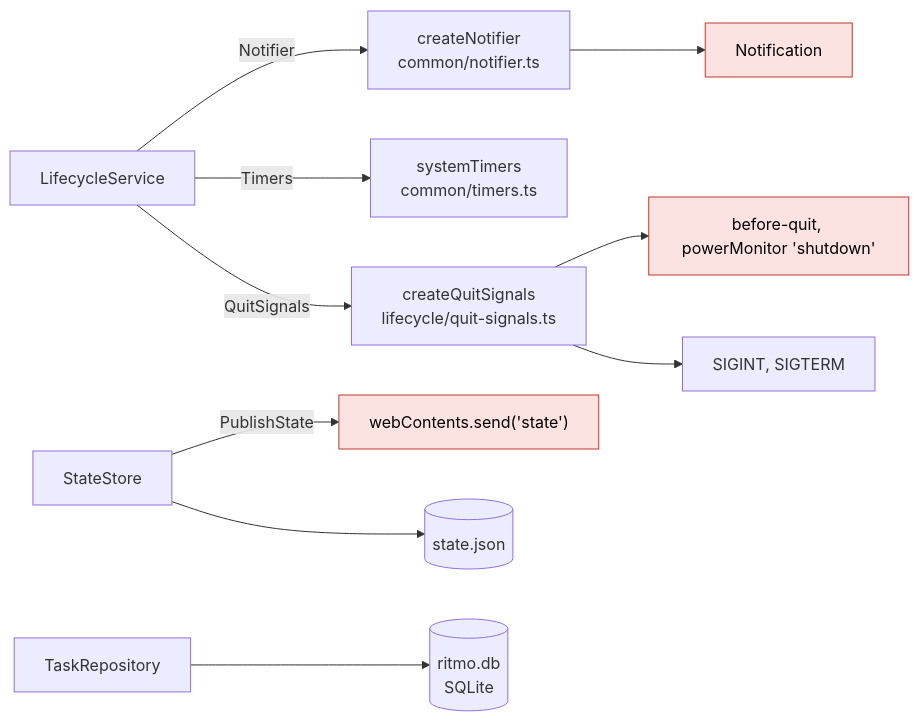
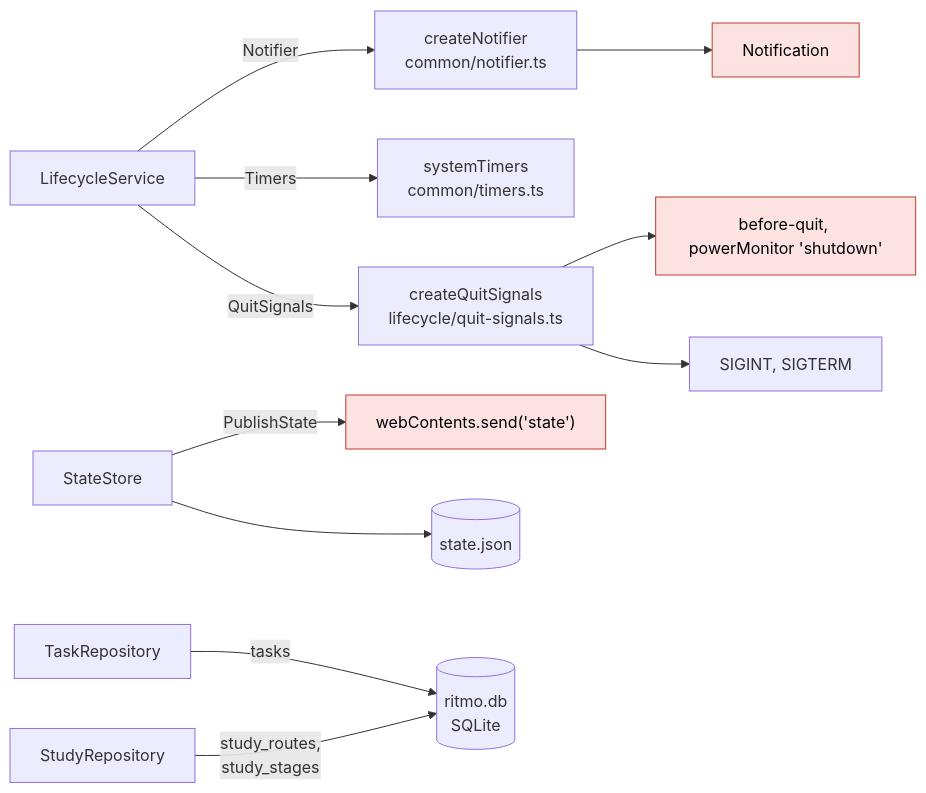
Before and after one commit to DevJuan95/ritmo: the seventh of 13 diagrams in docs/arquitectura.md, drawn with Mermaid. The commit also changed other lines of this file and 26 other files, not shown here.

````diff
--- a/docs/arquitectura.md
+++ b/docs/arquitectura.md
@@ -209,27 +220,29 @@
 ```mermaid
 flowchart LR
   lifecycle["LifecycleService"]
   store["StateStore"]
   repo["TaskRepository"]
+  studyRepo["StudyRepository"]
   notifier["createNotifier<br/>common/notifier.ts"]
   timers["systemTimers<br/>common/timers.ts"]
   quit["createQuitSignals<br/>lifecycle/quit-signals.ts"]
   send["webContents.send('state')"]:::electron
   notification["Notification"]:::electron
   salida["before-quit, powerMonitor 'shutdown'"]:::electron
   signals["SIGINT, SIGTERM"]
   json[("state.json")]
   db[("ritmo.db<br/>SQLite")]
 
   lifecycle -- "Notifier" --> notifier
   lifecycle -- "Timers" --> timers
   lifecycle -- "QuitSignals" --> quit
   store -- "PublishState" --> send
   store --> json
-  repo --> db
+  repo -- "tasks" --> db
+  studyRepo -- "study_routes,<br/>study_stages" --> db
   notifier --> notification
   quit --> salida
   quit --> signals
 
   classDef electron fill:#fde2e2,stroke:#c0392b,color:#000
 ```
````
